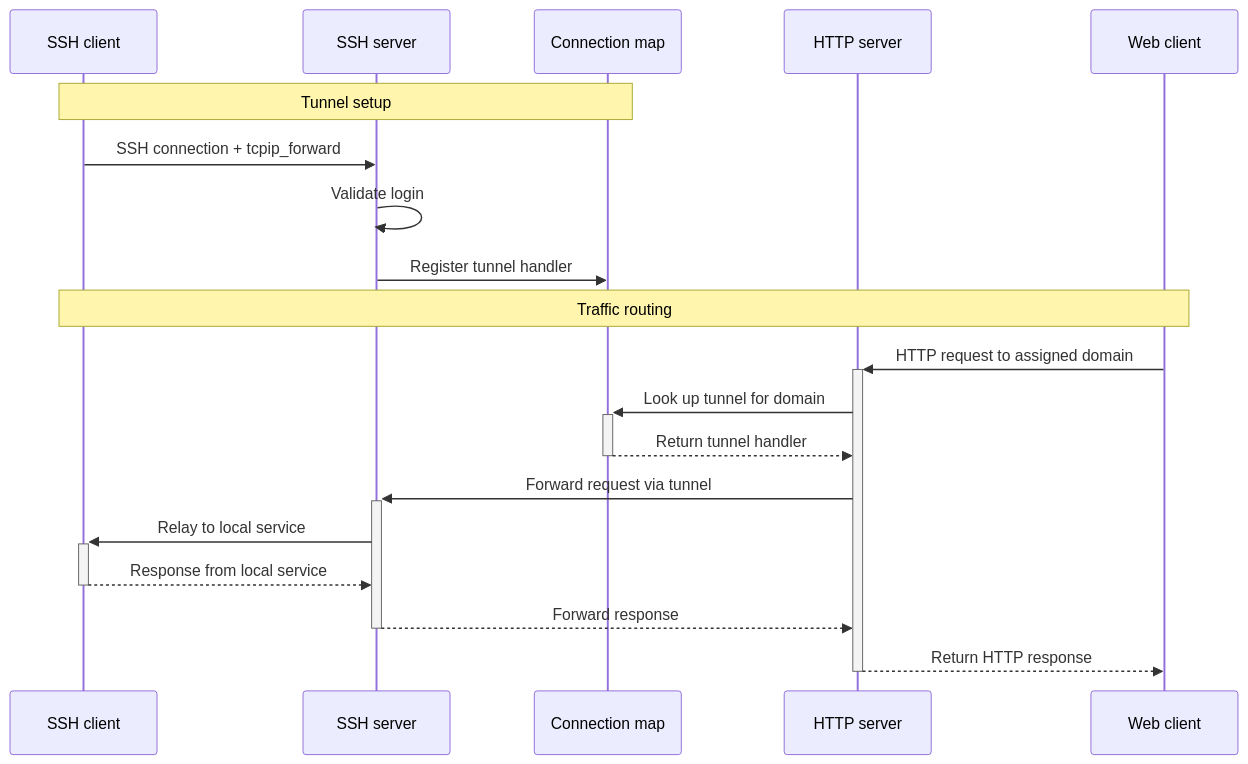
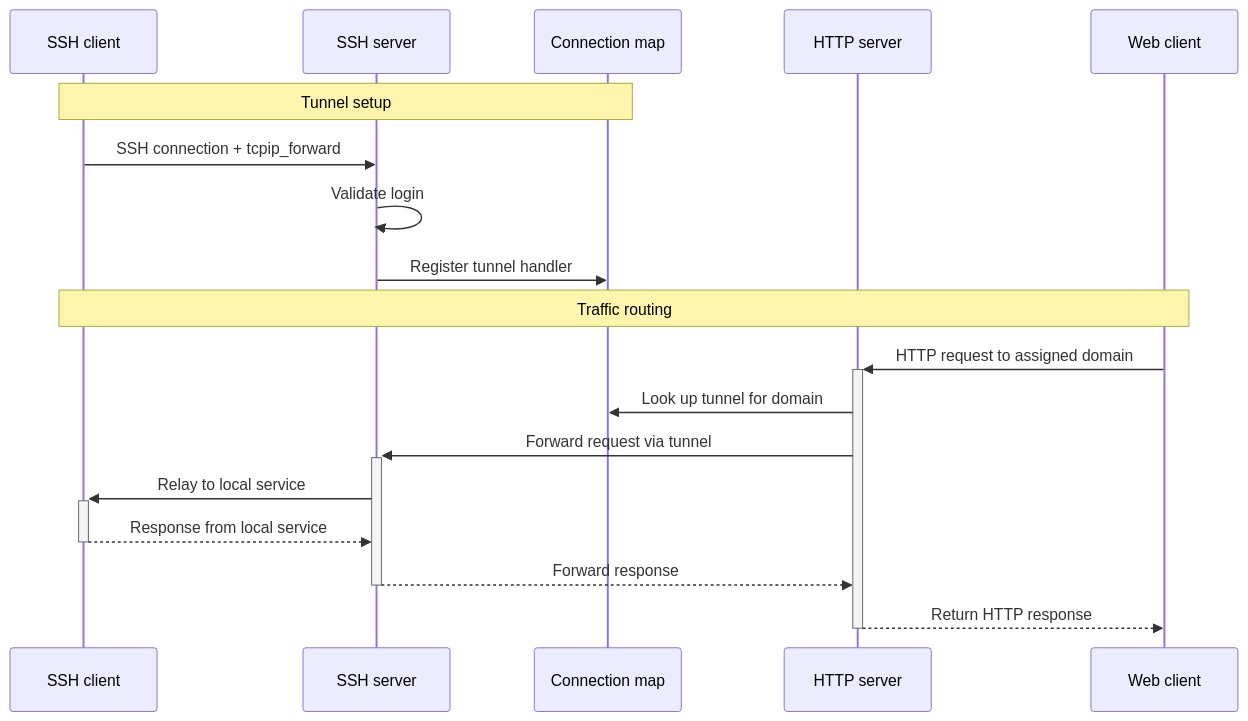
Before and after one commit to EpicEric/sandhole: the diagram in book/src/technical_overview.md, drawn with Mermaid. The commit also changed 7 other files, not shown here.

````diff
--- a/book/src/technical_overview.md
+++ b/book/src/technical_overview.md
@@ -54,22 +54,21 @@
 ```mermaid
 sequenceDiagram
   participant SC as SSH client
   participant SS as SSH server
   participant M as Connection map
   participant HS as HTTP server
   participant HC as Web client
 
   Note over SC, M: Tunnel setup
   SC ->> SS: SSH connection + tcpip_forward
   SS ->> SS: Validate login
   SS ->> M: Register tunnel handler
   Note over SC, HC: Traffic routing
   HC ->>+ HS: HTTP request to assigned domain
-  HS ->>+ M: Look up tunnel for domain
-  M -->>- HS: Return tunnel handler
+  HS ->> M: Look up tunnel for domain
   HS ->>+ SS: Forward request via tunnel
   SS ->>+ SC: Relay to local service
   SC -->>- SS: Response from local service
   SS -->>- HS: Forward response
   HS -->>- HC: Return HTTP response
 ```
````
